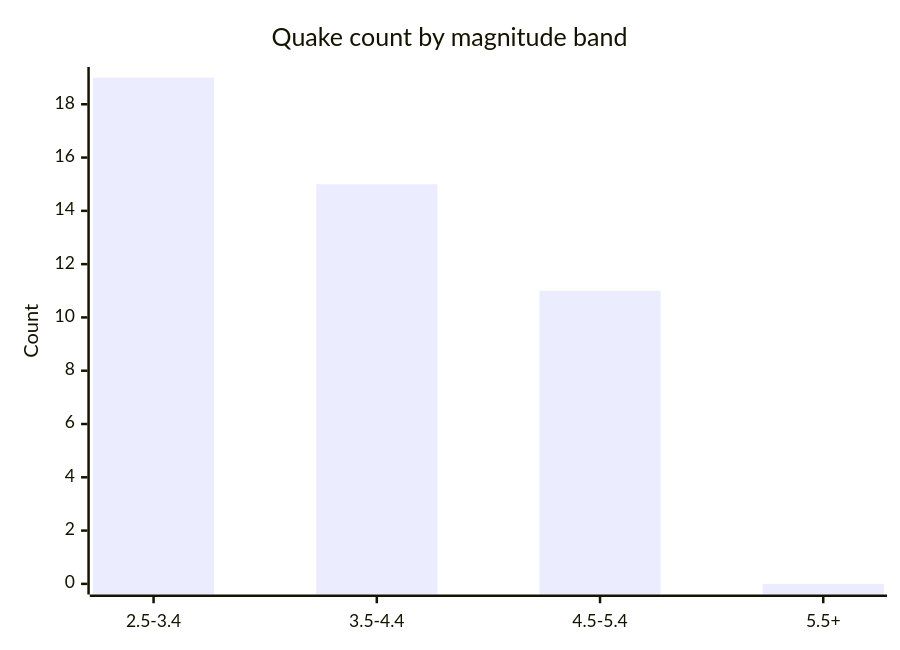
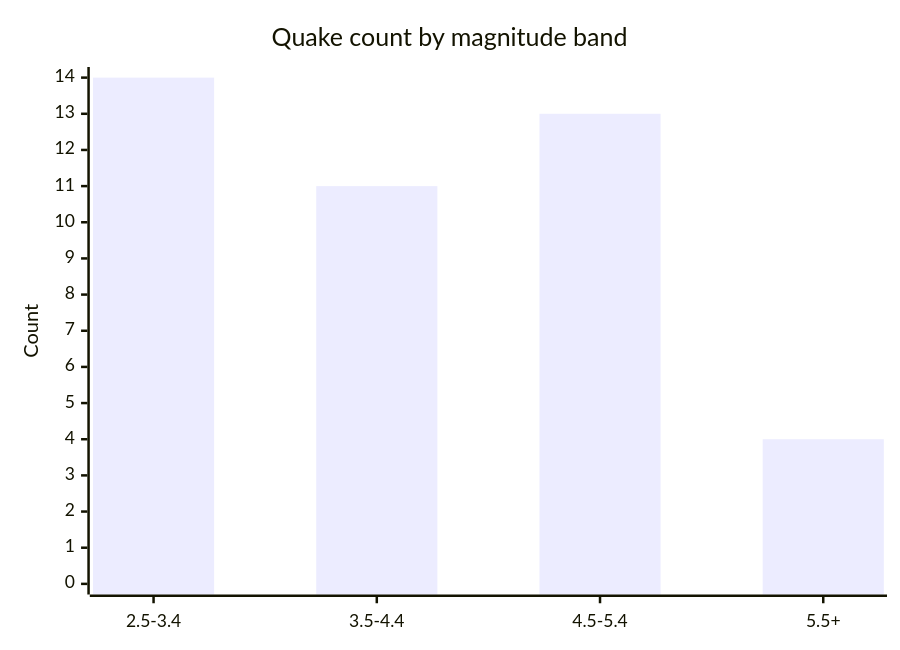
One commit to Midwest-Stratospheric/aerostratospheric-defense-gir changed the fifth of 6 diagrams in docs/GRAPHS.md. Above: the diagram before and after it, drawn with Mermaid. The commit also changed other lines of this file and 24 other files, not shown here.

````diff
--- a/docs/GRAPHS.md
+++ b/docs/GRAPHS.md
@@ -82,7 +82,7 @@
 ```mermaid
 xychart-beta
   title "Quake count by magnitude band"
   x-axis ["2.5-3.4", "3.5-4.4", "4.5-5.4", "5.5+"]
-  y-axis "Count" 0 --> 19
-  bar [19, 15, 11, 0]
+  y-axis "Count" 0 --> 14
+  bar [14, 11, 13, 4]
 ```
````
